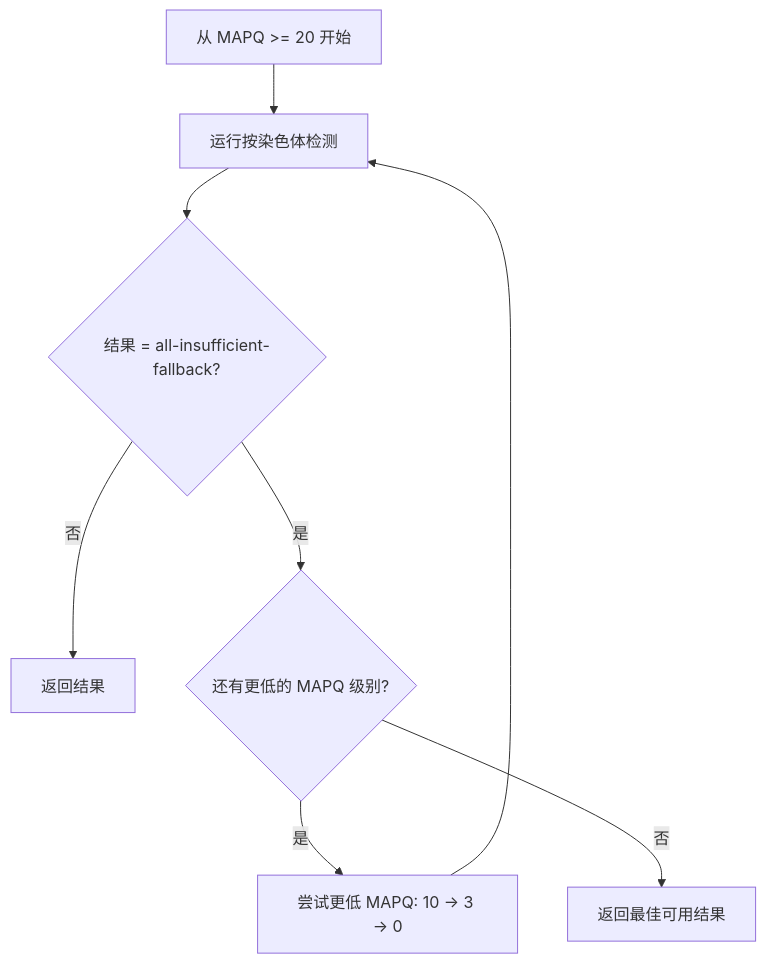
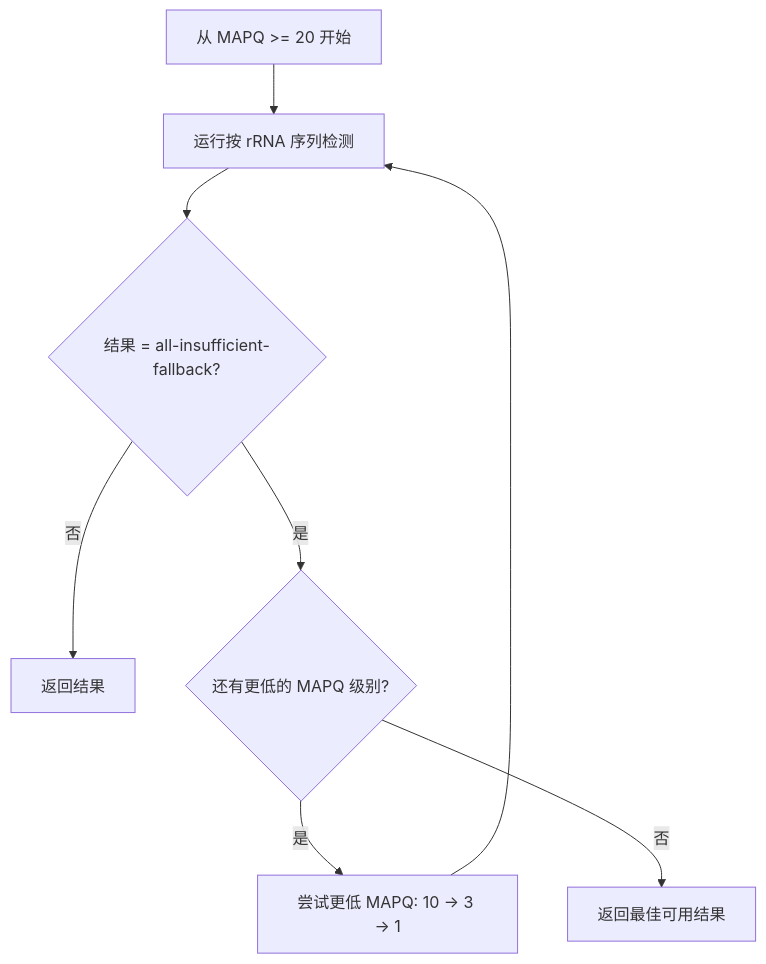
The third of 4 diagrams in README_zh.md (yudalang3/resolveS), drawn with Mermaid before and after one commit. The commit also changed other lines of this file and 7 other files, not shown here.

Commit message:
refactor: migrate detection logic from chromosome-based to rRNA-sequence-based, update adaptive MAPQ thresholds to 1, and add supporting scripts.

````diff
--- a/README_zh.md
+++ b/README_zh.md
@@ -250,10 +250,10 @@
 ```mermaid
 flowchart TD
-    A["从 MAPQ >= 20 开始"] --> B["运行按染色体检测"]
+    A["从 MAPQ >= 20 开始"] --> B["运行按 rRNA 序列检测"]
     B --> C{"结果 = all-insufficient-fallback?"}
     C -->|否| D["返回结果"]
     C -->|是| E{"还有更低的 MAPQ 级别?"}
-    E -->|是| F["尝试更低 MAPQ: 10 → 3 → 0"]
+    E -->|是| F["尝试更低 MAPQ: 10 → 3 → 1"]
     F --> B
     E -->|否| G["返回最佳可用结果"]
 ```
````
